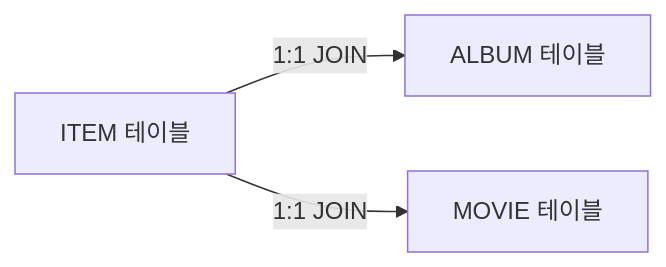
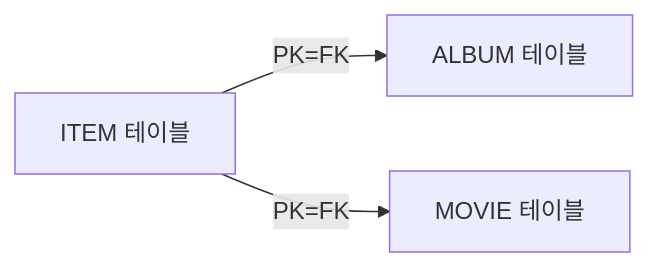
The sixth of 7 diagrams in _posts/jpa/2026-05-01-jpa-fundamentals.md (yjkim2015/yjkim2015.github.io), drawn with Mermaid before and after one commit. The commit also changed other lines of this file and 4 other files, not shown here.

````diff
--- a/_posts/jpa/2026-05-01-jpa-fundamentals.md
+++ b/_posts/jpa/2026-05-01-jpa-fundamentals.md
@@ -471,8 +716,5 @@
 ```mermaid
 graph LR
-    ITEM["ITEM 테이블"]
-    ALBUM["ALBUM 테이블"]
-    MOVIE["MOVIE 테이블"]
-    ITEM -->|"1:1 JOIN"| ALBUM
-    ITEM -->|"1:1 JOIN"| MOVIE
+    ITEM["ITEM 테이블"] -->|"PK=FK"| ALBUM["ALBUM 테이블"]
+    ITEM -->|"PK=FK"| MOVIE["MOVIE 테이블"]
 ```
````
